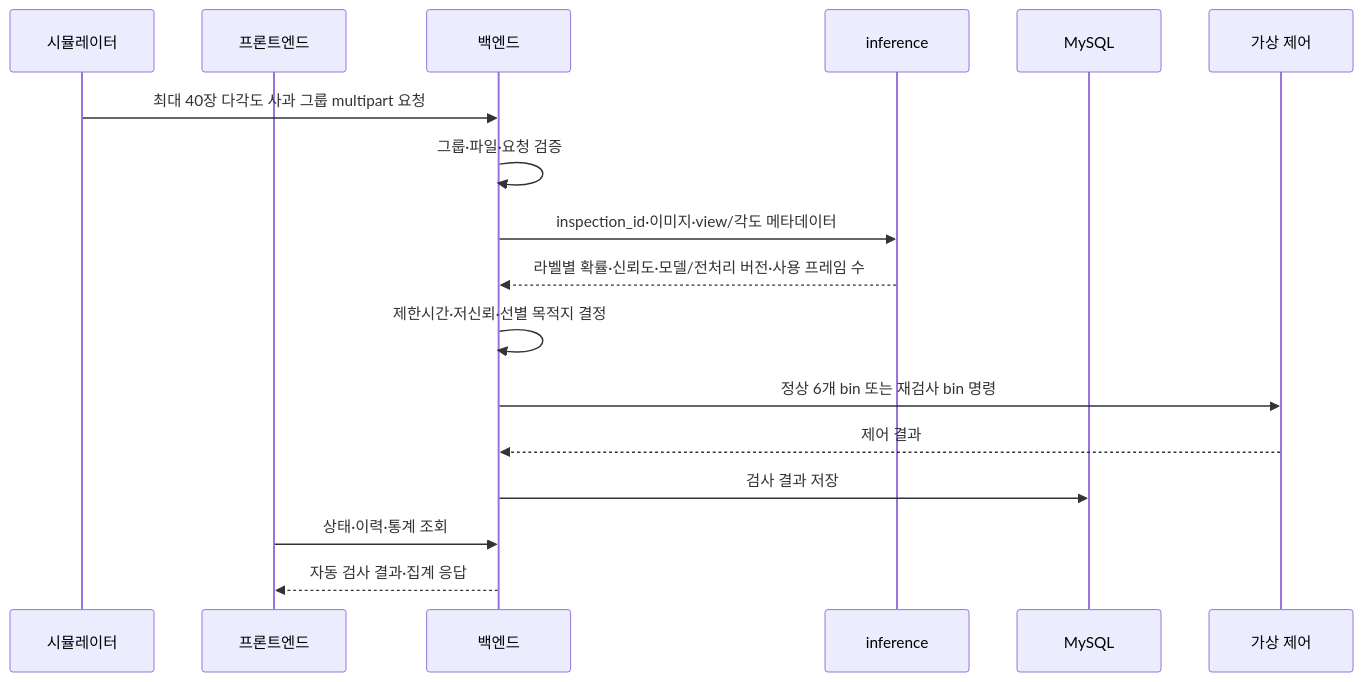
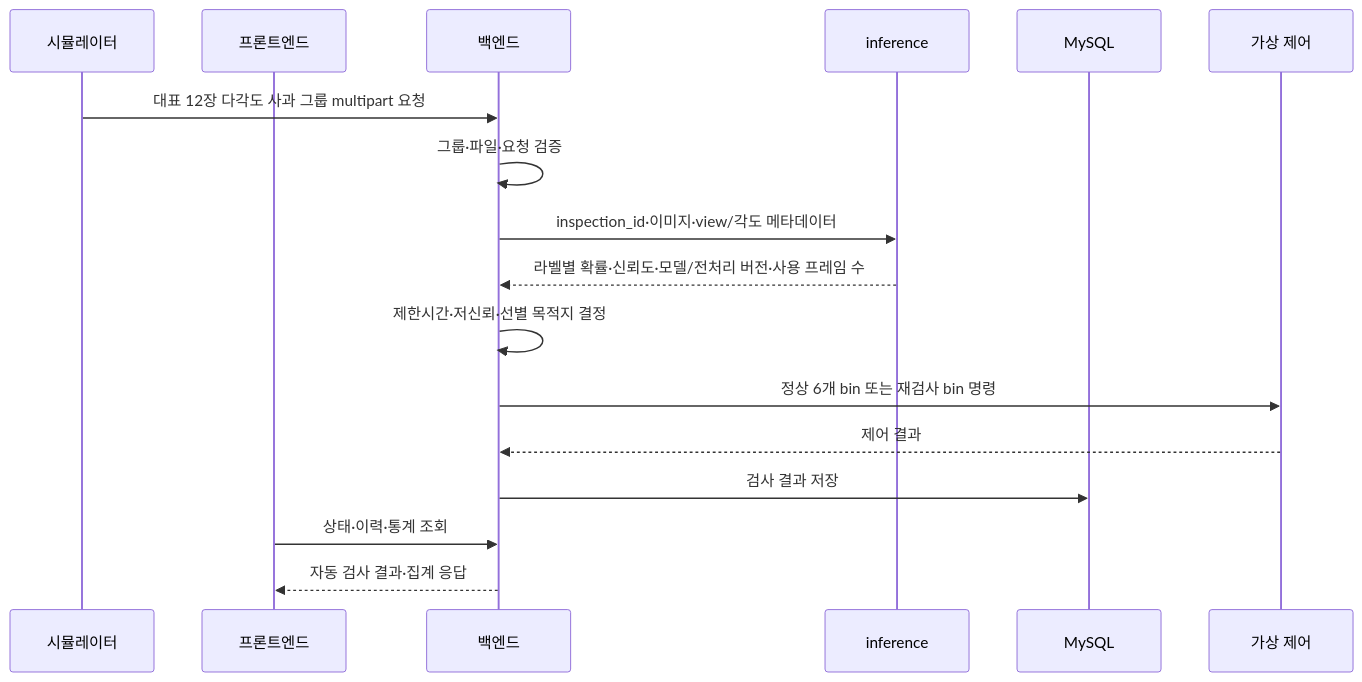
Before and after one commit to yuudong123/CQC: the second of 3 diagrams in docs/architecture.md, drawn with Mermaid. The commit also changed other lines of this file and 12 other files, not shown here.

````diff
--- a/docs/architecture.md
+++ b/docs/architecture.md
@@ -54,20 +54,20 @@
 ```mermaid
 sequenceDiagram
     participant SIM as 시뮬레이터
     participant FE as 프론트엔드
     participant BE as 백엔드
     participant AI as inference
     participant DB as MySQL
     participant CTL as 가상 제어
 
-    SIM->>BE: 최대 40장 다각도 사과 그룹 multipart 요청
+    SIM->>BE: 대표 12장 다각도 사과 그룹 multipart 요청
     BE->>BE: 그룹·파일·요청 검증
     BE->>AI: inspection_id·이미지·view/각도 메타데이터
     AI-->>BE: 라벨별 확률·신뢰도·모델/전처리 버전·사용 프레임 수
     BE->>BE: 제한시간·저신뢰·선별 목적지 결정
     BE->>CTL: 정상 6개 bin 또는 재검사 bin 명령
     CTL-->>BE: 제어 결과
     BE->>DB: 검사 결과 저장
     FE->>BE: 상태·이력·통계 조회
     BE-->>FE: 자동 검사 결과·집계 응답
 ```
````
